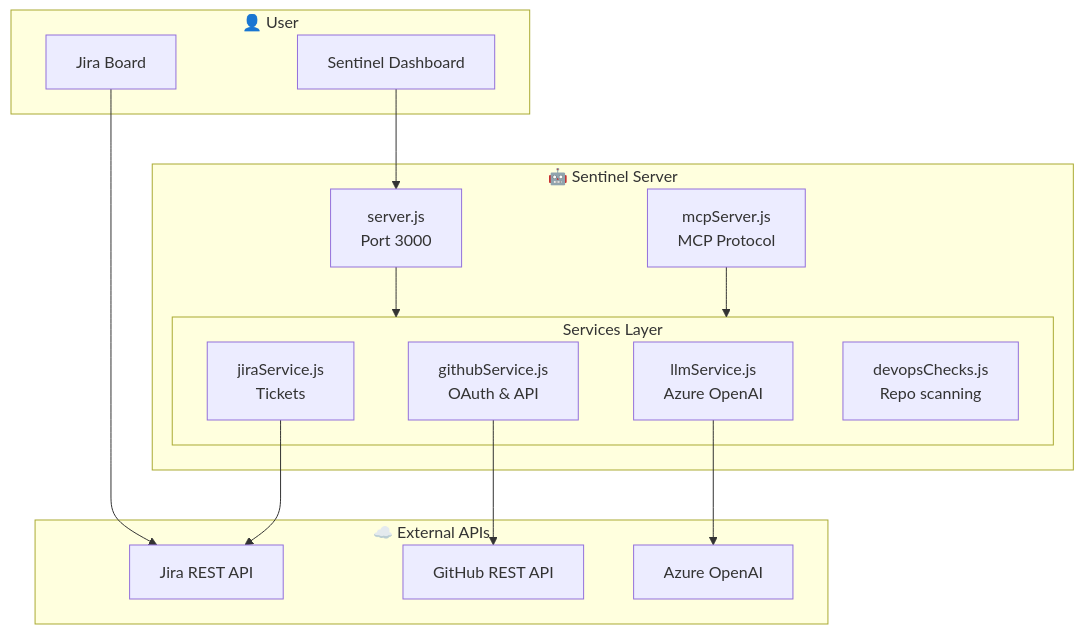
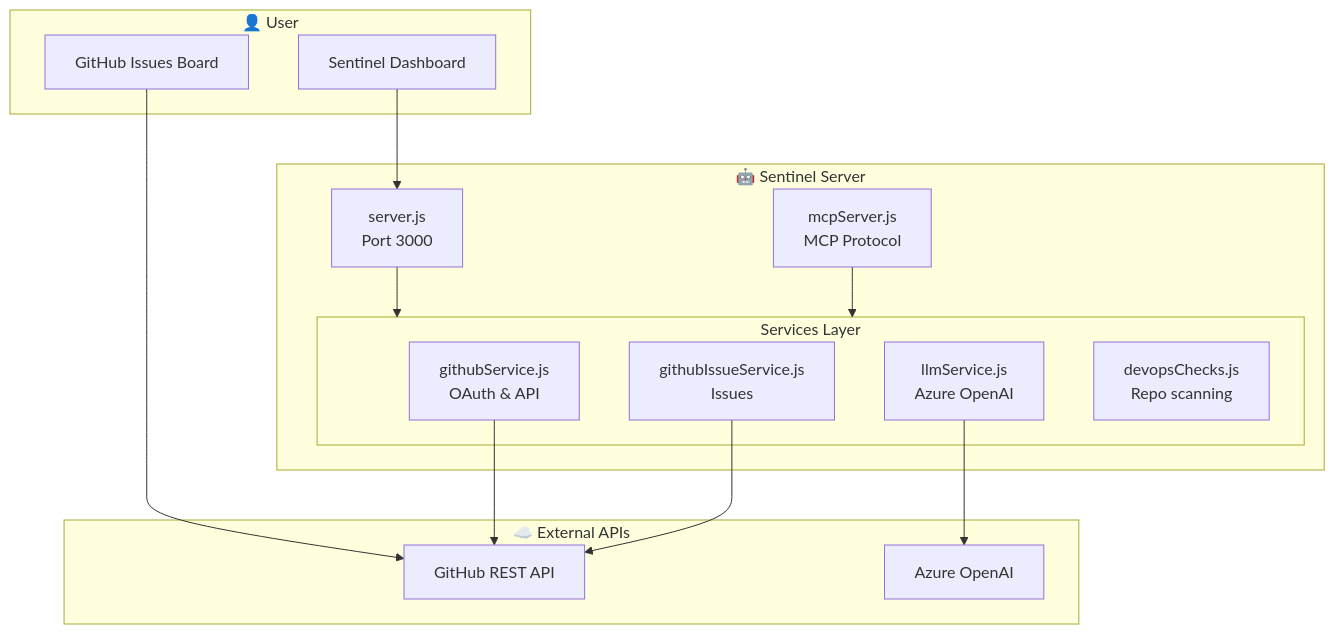
Before and after one commit to Unigalactix/SENTINEL: the second of 3 diagrams in README.md, drawn with Mermaid. The commit also changed other lines of this file and 4 other files, not shown here.

First line of the commit message:
docs: update README, CHANGELOG, and docs for v3.0.0 GitHub Issues migration and manual scan model

````diff
--- a/README.md
+++ b/README.md
@@ -83,33 +84,32 @@
 ```mermaid
 flowchart TB
     subgraph Client["👤 User"]
-        JIRA_UI[Jira Board]
+        GH_ISSUES[GitHub Issues Board]
         DASHBOARD[Sentinel Dashboard]
     end
 
     subgraph Sentinel["🤖 Sentinel Server"]
         SERVER[server.js<br/>Port 3000]
         MCP[mcpServer.js<br/>MCP Protocol]
         
         subgraph Services["Services Layer"]
-        gh[githubService.js<br/>OAuth & API]
-            JIRA_SVC[jiraService.js<br/>Tickets]
+            gh[githubService.js<br/>OAuth & API]
+            GH_ISSUE_SVC[githubIssueService.js<br/>Issues]
             LLM[llmService.js<br/>Azure OpenAI]
             DEVOPS[devopsChecks.js<br/>Repo scanning]
         end
     end
 
     subgraph External["☁️ External APIs"]
-        JIRA_API[Jira REST API]
         GH_API[GitHub REST API]
         AZURE[Azure OpenAI]
     end
 
-    JIRA_UI --> JIRA_API
+    GH_ISSUES --> GH_API
     DASHBOARD --> SERVER
     SERVER --> Services
     gh --> GH_API
-    JIRA_SVC --> JIRA_API
+    GH_ISSUE_SVC --> GH_API
     LLM --> AZURE
     MCP --> Services
 ```
````
